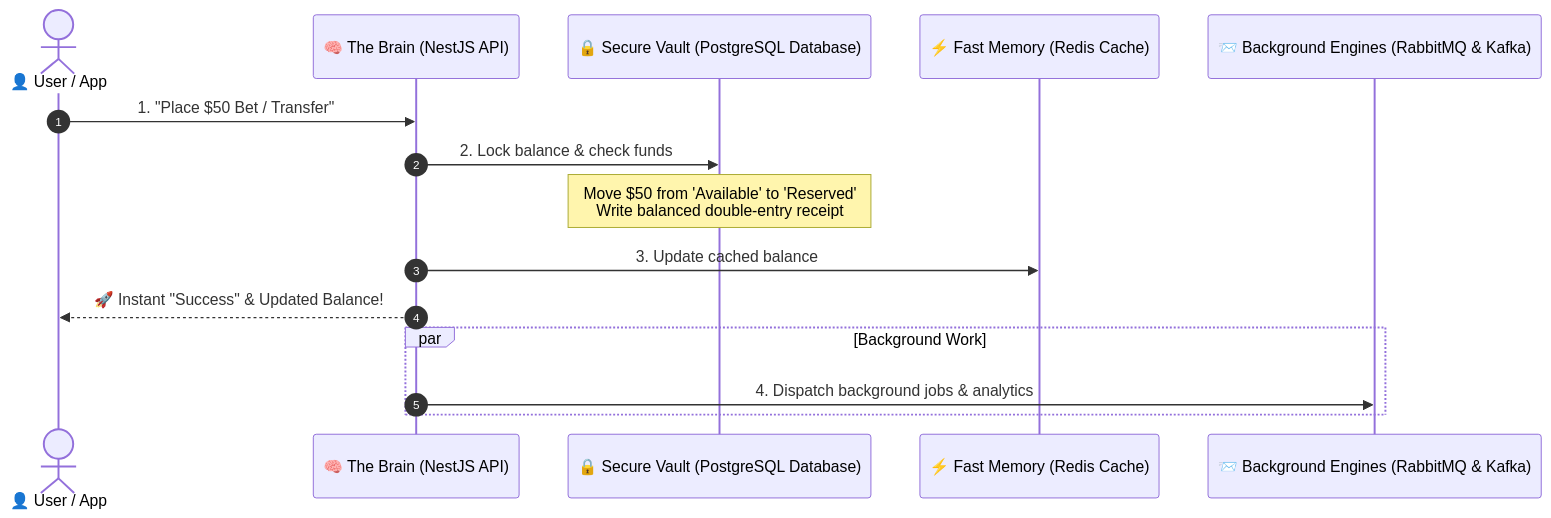
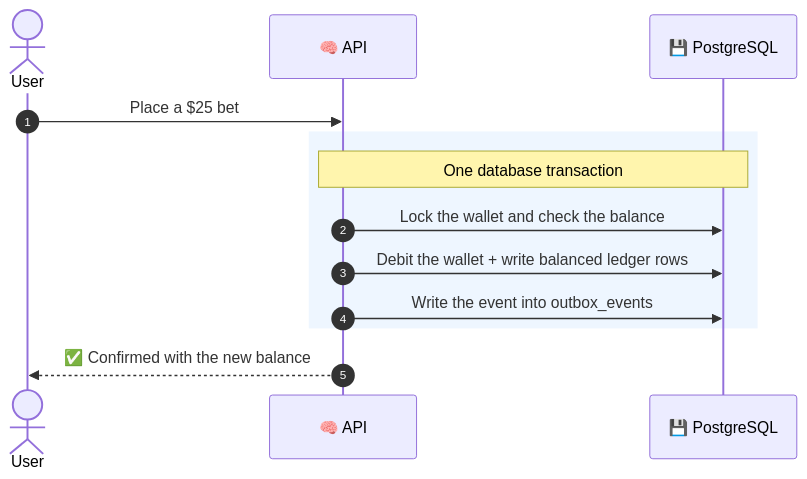
The fourth of 14 diagrams in README.md (yavarguliyev/fin_ledger), drawn with Mermaid before and after one commit. The commit also changed other lines of this file and 1747 other files, not shown here.

````diff
--- a/README.md
+++ b/README.md
@@ -110,19 +201,16 @@
 ```mermaid
 sequenceDiagram
     autonumber
-    actor User as 👤 User / App
-    participant API as 🧠 The Brain (NestJS API)
-    participant Vault as 🔒 Secure Vault (PostgreSQL Database)
-    participant Cache as ⚡ Fast Memory (Redis Cache)
-    participant Streams as 📨 Background Engines (RabbitMQ & Kafka)
+    actor User
+    participant API as 🧠 API
+    participant DB as 💾 PostgreSQL
 
-    User->>API: 1. "Place $50 Bet / Transfer"
-    API->>Vault: 2. Lock balance & check funds
-    Note over Vault: Move $50 from 'Available' to 'Reserved'<br/>Write balanced double-entry receipt
-    API->>Cache: 3. Update cached balance
-    API-->>User: 🚀 Instant "Success" & Updated Balance!
-    
-    par Background Work
-        API->>Streams: 4. Dispatch background jobs & analytics
+    User->>API: Place a $25 bet
+    rect rgb(238, 246, 255)
+        Note over API,DB: One database transaction
+        API->>DB: Lock the wallet and check the balance
+        API->>DB: Debit the wallet + write balanced ledger rows
+        API->>DB: Write the event into outbox_events
     end
+    API-->>User: ✅ Confirmed with the new balance
 ```
````
